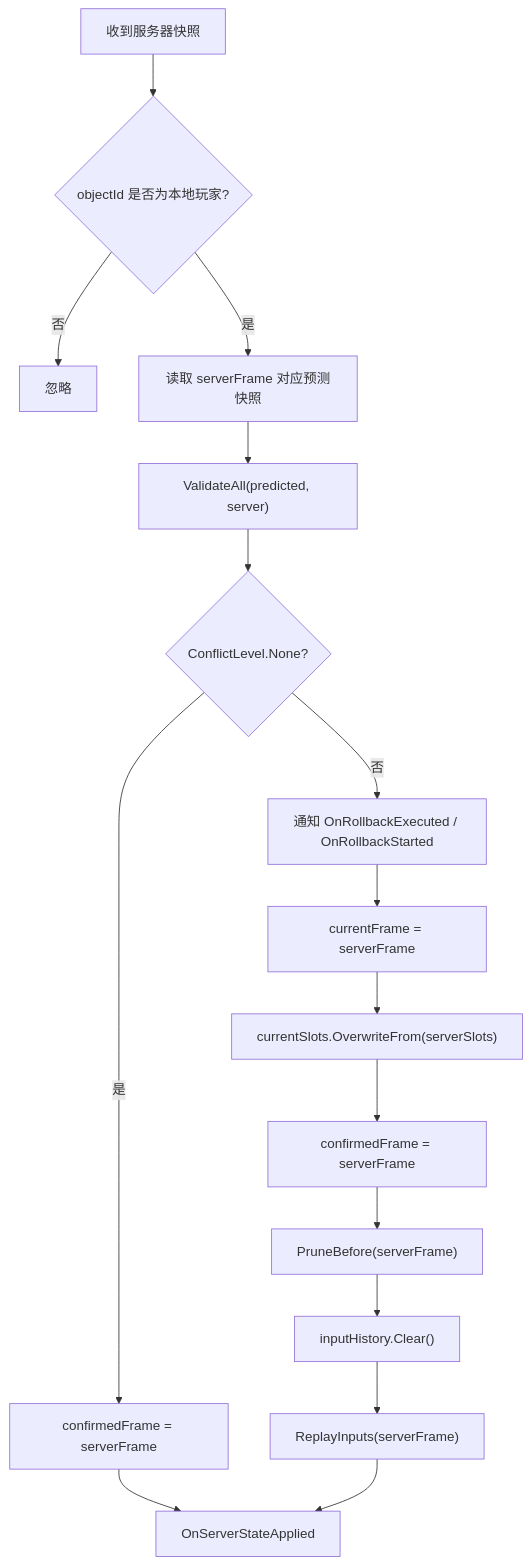
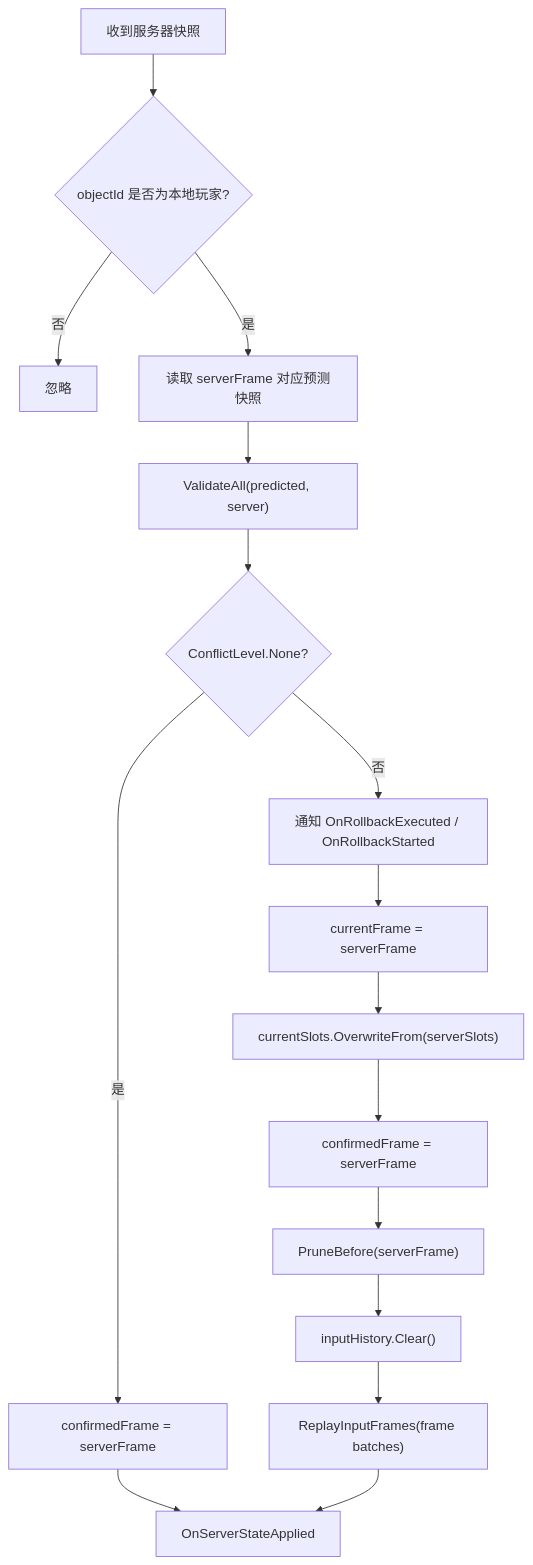
One commit to HOBOBO/AbilityKit changed the fourth of 8 diagrams in Docs/design/07-NetworkSynchronization/02-StateSync.md. Above: the diagram before and after it, drawn with Mermaid. The commit also changed other lines of this file and 525 other files, not shown here.

````diff
--- a/Docs/design/07-NetworkSynchronization/02-StateSync.md
+++ b/Docs/design/07-NetworkSynchronization/02-StateSync.md
@@ -219,18 +222,18 @@
 ```mermaid
 flowchart TB
     A["收到服务器快照"] --> B{"objectId 是否为本地玩家?"}
     B -->|否| X["忽略"]
     B -->|是| C["读取 serverFrame 对应预测快照"]
     C --> D["ValidateAll(predicted, server)"]
     D --> E{"ConflictLevel.None?"}
     E -->|是| F["confirmedFrame = serverFrame"]
     E -->|否| G["通知 OnRollbackExecuted / OnRollbackStarted"]
     G --> H["currentFrame = serverFrame"]
     H --> I["currentSlots.OverwriteFrom(serverSlots)"]
     I --> J["confirmedFrame = serverFrame"]
     J --> K["PruneBefore(serverFrame)"]
     K --> L["inputHistory.Clear()"]
-    L --> M["ReplayInputs(serverFrame)"]
+    L --> M["ReplayInputFrames(frame batches)"]
     F --> N["OnServerStateApplied"]
     M --> N
 ```
````
